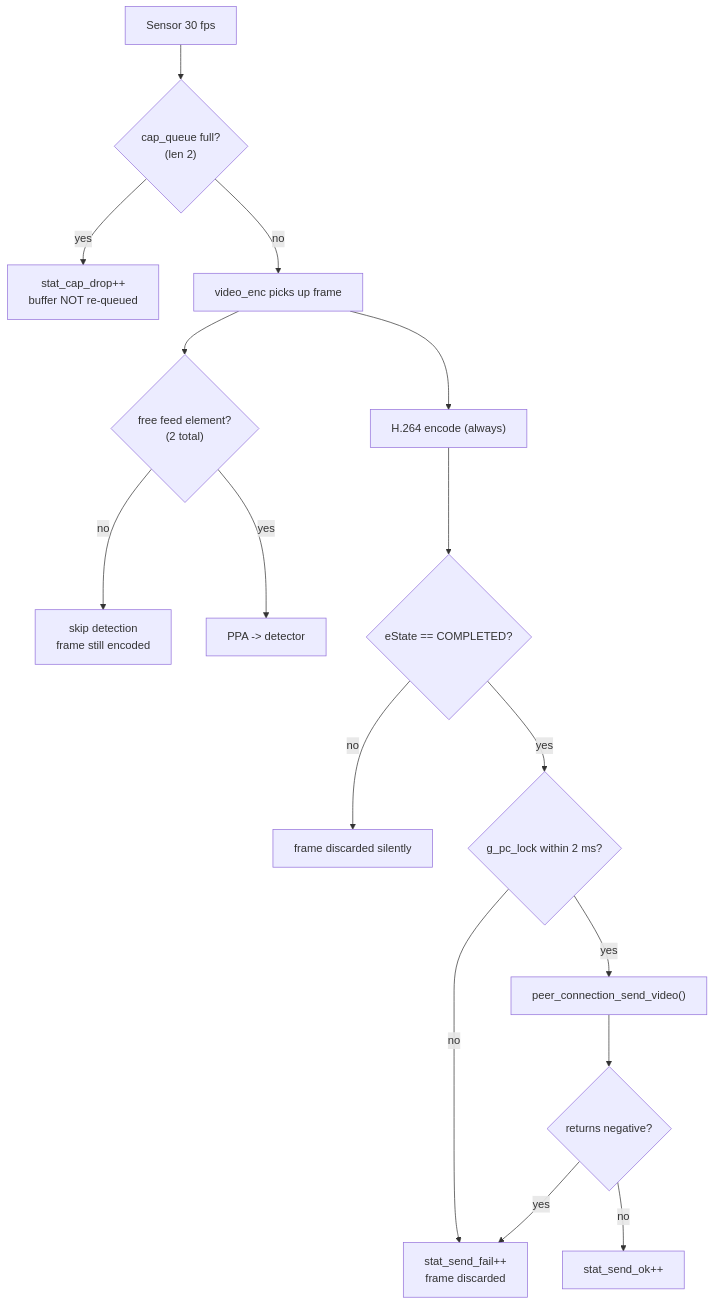
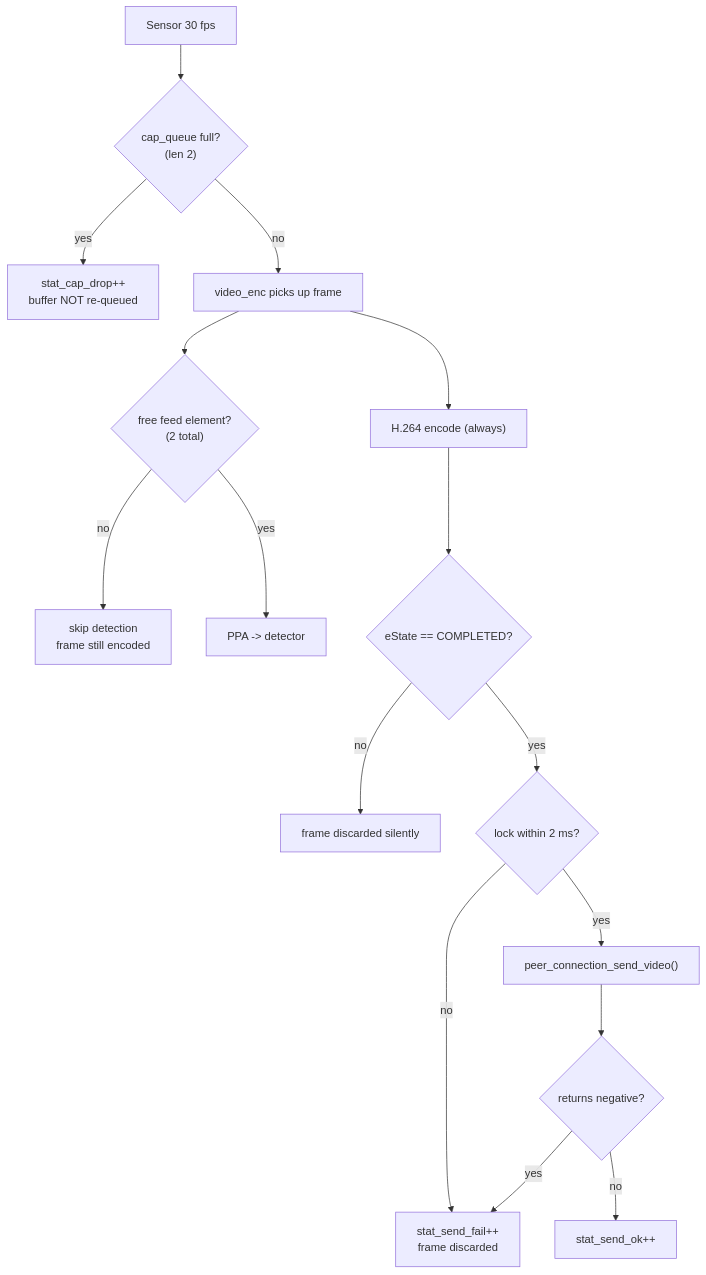
Before and after one commit to thanhbinh89/esp32-ipc: the sixth of 7 diagrams in DATAFLOW.md, drawn with Mermaid. The commit also changed other lines of this file and 45 other files, not shown here.

````diff
--- a/DATAFLOW.md
+++ b/DATAFLOW.md
@@ -405,18 +443,18 @@
 ```mermaid
 graph TD
     A["Sensor 30 fps"] --> B{"cap_queue full?<br/>(len 2)"}
     B -- yes --> C["stat_cap_drop++<br/>buffer NOT re-queued"]
     B -- no --> D["video_enc picks up frame"]
     D --> E{"free feed element?<br/>(2 total)"}
     E -- no --> F["skip detection<br/>frame still encoded"]
     E -- yes --> G["PPA -> detector"]
     D --> H["H.264 encode (always)"]
     H --> I{"eState == COMPLETED?"}
     I -- no --> J["frame discarded silently"]
-    I -- yes --> K{"g_pc_lock within 2 ms?"}
+    I -- yes --> K{"lock within 2 ms?"}
     K -- no --> L["stat_send_fail++<br/>frame discarded"]
     K -- yes --> M["peer_connection_send_video()"]
     M --> N{"returns negative?"}
     N -- yes --> L
     N -- no --> O["stat_send_ok++"]
 ```
````
